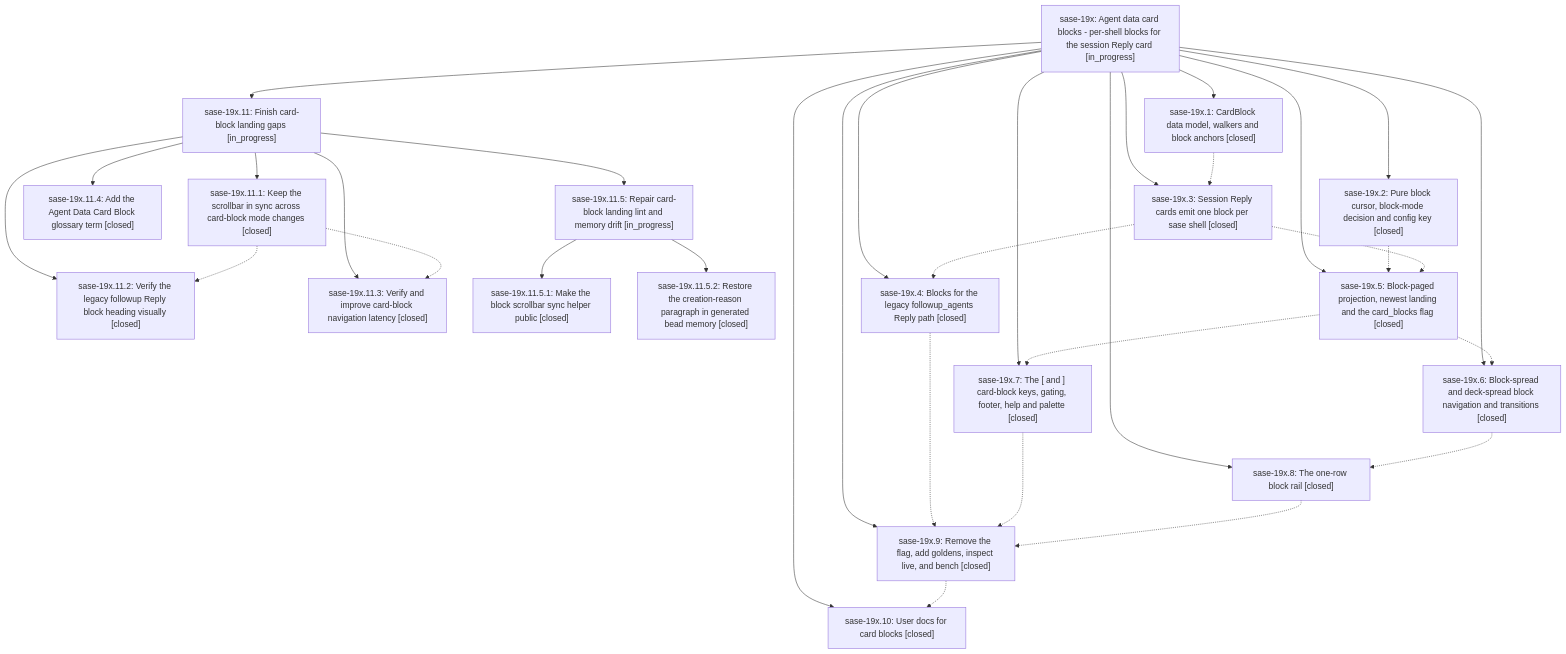
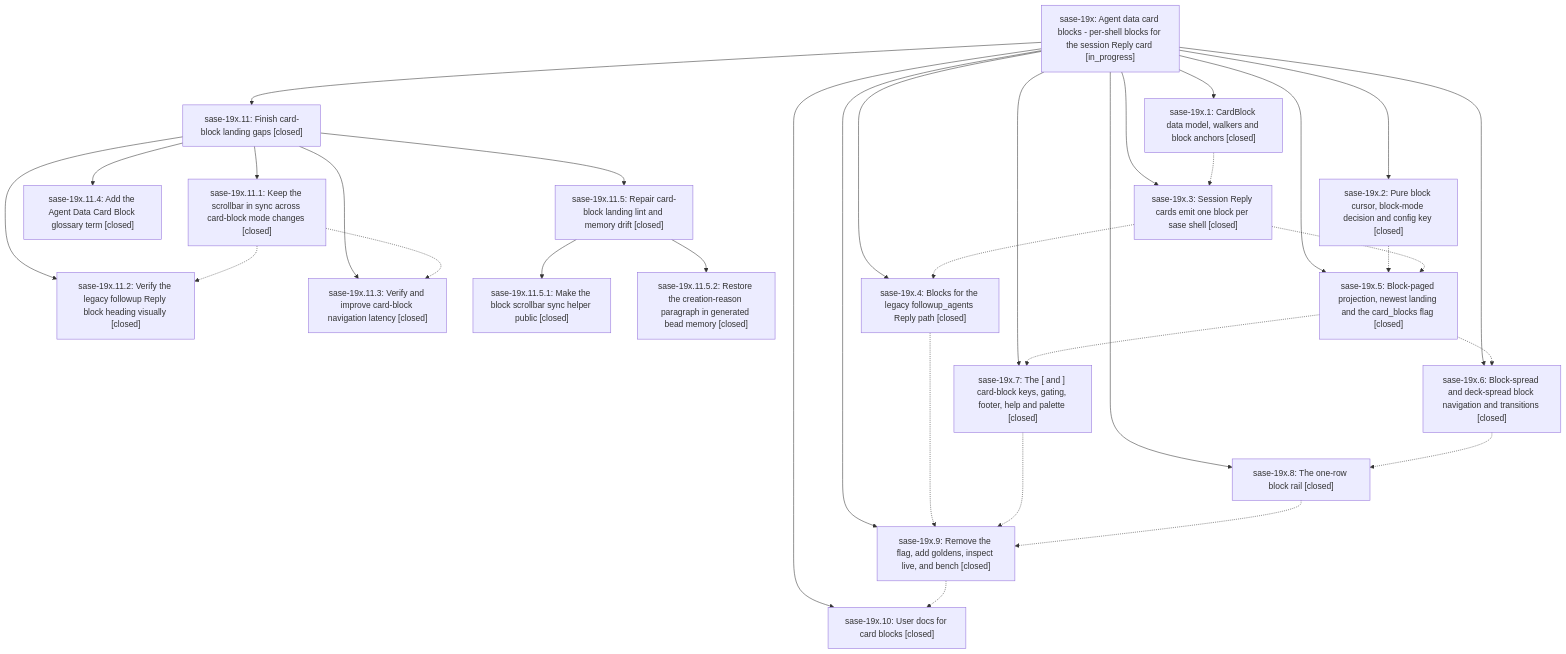
Before and after one commit to sase-org/sase--beads: the diagram in pages/sase-19x/README.md, drawn with Mermaid. The commit also changed other lines of this file and 3 other files, not shown here.

````diff
--- a/pages/sase-19x/README.md
+++ b/pages/sase-19x/README.md
@@ -82,53 +82,53 @@
 ```mermaid
 flowchart TD
     n0["sase-19x: Agent data card blocks - per-shell blocks for the session Reply card [in_progress]"]
     n1["sase-19x.1: CardBlock data model, walkers and block anchors [closed]"]
     n2["sase-19x.10: User docs for card blocks [closed]"]
-    n3["sase-19x.11: Finish card-block landing gaps [in_progress]"]
+    n3["sase-19x.11: Finish card-block landing gaps [closed]"]
     n4["sase-19x.11.1: Keep the scrollbar in sync across card-block mode changes [closed]"]
     n5["sase-19x.11.2: Verify the legacy followup Reply block heading visually [closed]"]
     n6["sase-19x.11.3: Verify and improve card-block navigation latency [closed]"]
     n7["sase-19x.11.4: Add the Agent Data Card Block glossary term [closed]"]
-    n8["sase-19x.11.5: Repair card-block landing lint and memory drift [in_progress]"]
+    n8["sase-19x.11.5: Repair card-block landing lint and memory drift [closed]"]
     n9["sase-19x.11.5.1: Make the block scrollbar sync helper public [closed]"]
     n10["sase-19x.11.5.2: Restore the creation-reason paragraph in generated bead memory [closed]"]
     n11["sase-19x.2: Pure block cursor, block-mode decision and config key [closed]"]
     n12["sase-19x.3: Session Reply cards emit one block per sase shell [closed]"]
     n13["sase-19x.4: Blocks for the legacy followup_agents Reply path [closed]"]
     n14["sase-19x.5: Block-paged projection, newest landing and the card_blocks flag [closed]"]
     n15["sase-19x.6: Block-spread and deck-spread block navigation and transitions [closed]"]
     n16["sase-19x.7: The [ and ] card-block keys, gating, footer, help and palette [closed]"]
     n17["sase-19x.8: The one-row block rail [closed]"]
     n18["sase-19x.9: Remove the flag, add goldens, inspect live, and bench [closed]"]
     n0 --> n1
     n0 --> n2
     n0 --> n3
     n3 --> n4
     n3 --> n5
     n3 --> n6
     n3 --> n7
     n3 --> n8
     n8 --> n9
     n8 --> n10
     n0 --> n11
     n0 --> n12
     n0 --> n13
     n0 --> n14
     n0 --> n15
     n0 --> n16
     n0 --> n17
     n0 --> n18
     n1 -.-> n12
     n4 -.-> n5
     n4 -.-> n6
     n11 -.-> n14
     n12 -.-> n13
     n12 -.-> n14
     n13 -.-> n18
     n14 -.-> n15
     n14 -.-> n16
     n15 -.-> n17
     n16 -.-> n18
     n17 -.-> n18
     n18 -.-> n2
 ```
````
